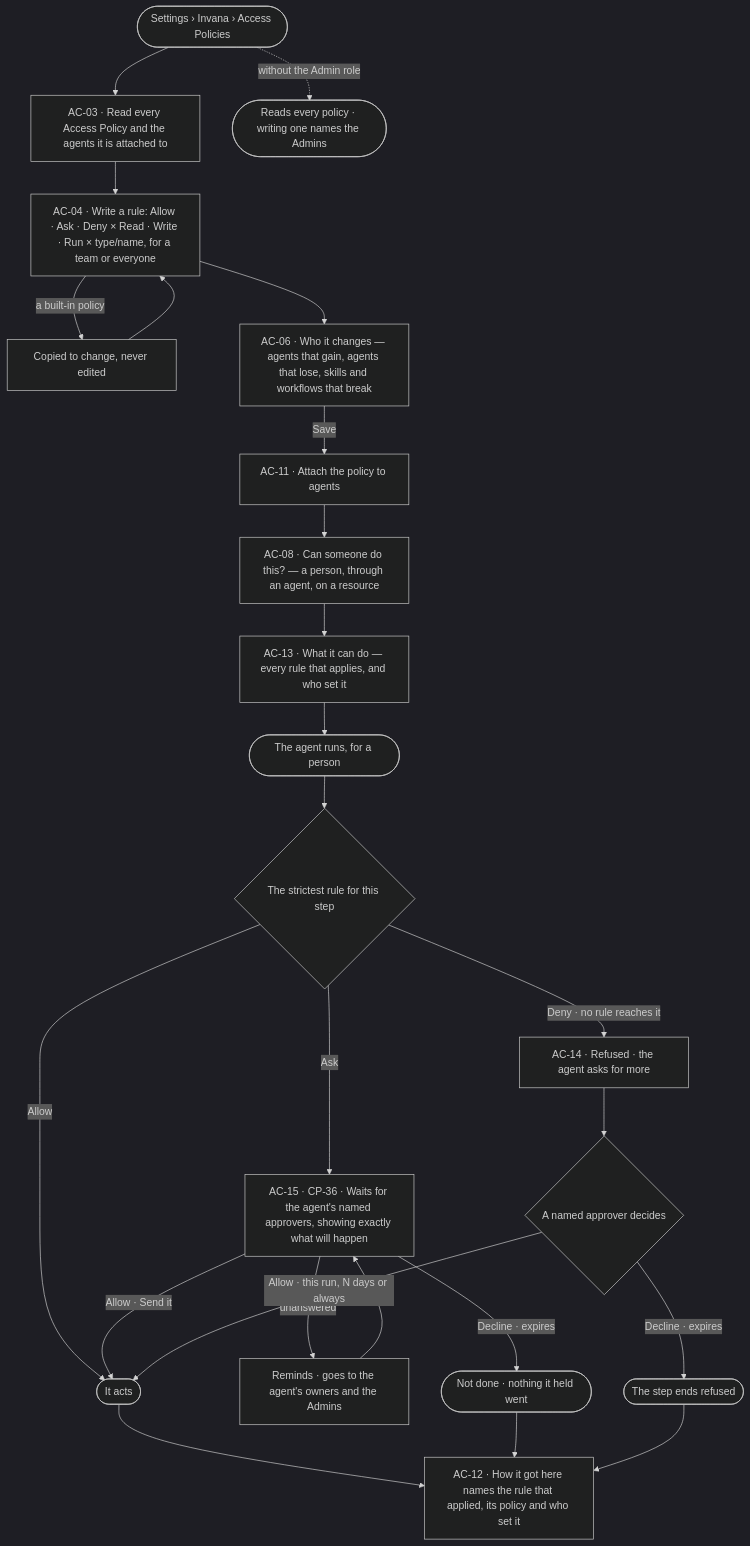
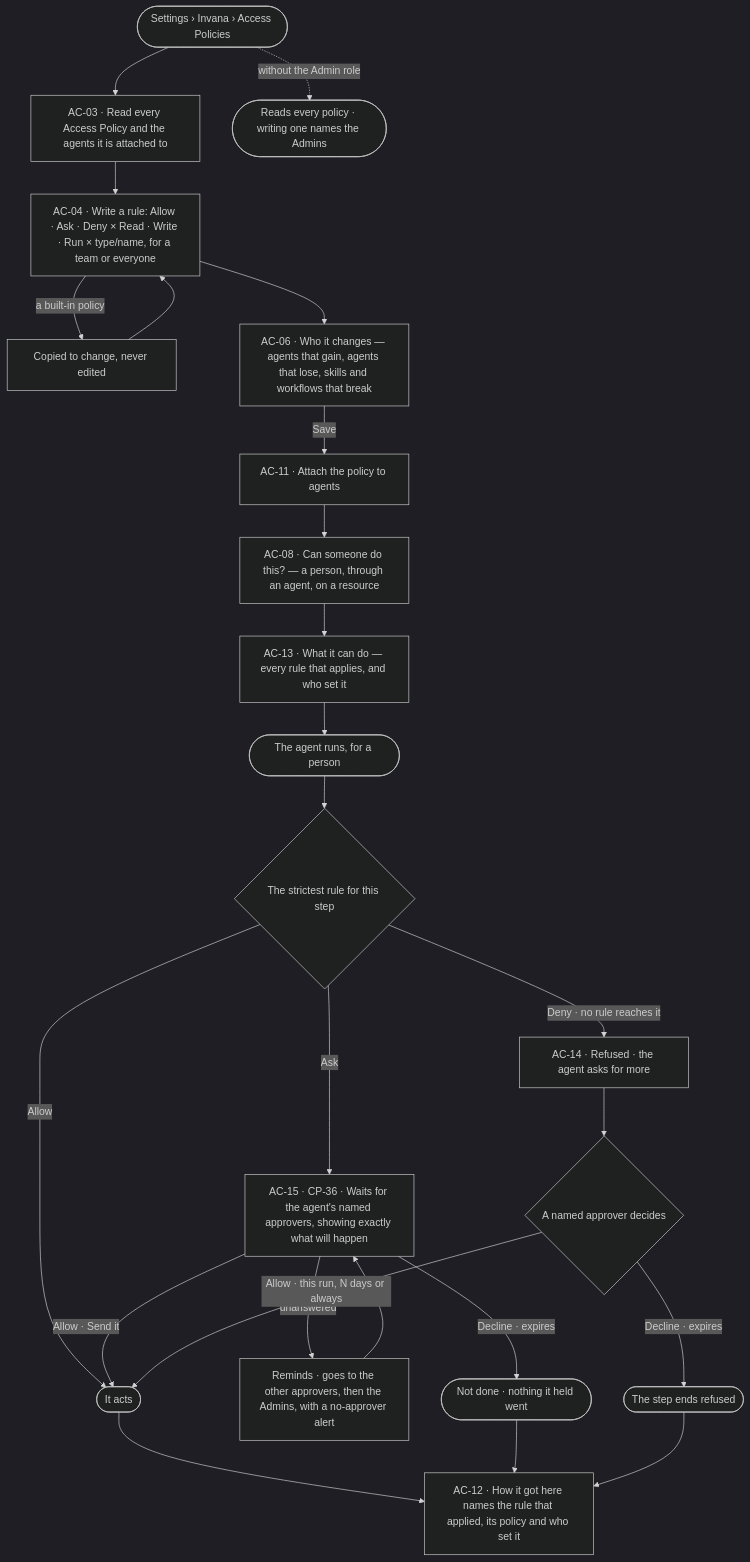
Before and after one commit to invana/invana: the first of 2 diagrams in specs/journeys/J06-set-what-an-agent-may-touch.md, drawn with Mermaid (dark theme). The commit also changed other lines of this file and 300 other files, not shown here.

````diff
--- a/specs/journeys/J06-set-what-an-agent-may-touch.md
+++ b/specs/journeys/J06-set-what-an-agent-may-touch.md
@@ -16,25 +16,25 @@
 ```mermaid
 flowchart TD
   A([Settings › Invana › Access Policies]) --> R["AC-03 · Read every Access Policy and the agents it is attached to"]
   R --> B["AC-04 · Write a rule: Allow · Ask · Deny × Read · Write · Run × type/name, for a team or everyone"]
   B -->|a built-in policy| BX["Copied to change, never edited"] --> B
   B --> C["AC-06 · Who it changes — agents that gain, agents that lose, skills and workflows that break"]
   C -->|Save| D["AC-11 · Attach the policy to agents"]
   D --> T["AC-08 · Can someone do this? — a person, through an agent, on a resource"]
   T --> F["AC-13 · What it can do — every rule that applies, and who set it"]
   F --> G([The agent runs, for a person])
   G --> H{"The strictest rule for this step"}
   H -->|Allow| I(["It acts"])
   H -->|Ask| J["AC-15 · CP-36 · Waits for the agent's named approvers, showing exactly what will happen"]
   J -->|Allow · Send it| I
-  J -->|unanswered| J1["Reminds · goes to the agent's owners and the Admins"] --> J
+  J -->|unanswered| J1["Reminds · goes to the other approvers, then the Admins, with a no-approver alert"] --> J
   J -->|Decline · expires| K(["Not done · nothing it held went"])
   H -->|Deny · no rule reaches it| L["AC-14 · Refused · the agent asks for more"]
   L --> M{"A named approver decides"}
   M -->|Allow · this run, N days or always| I
   M -->|Decline · expires| N(["The step ends refused"])
   I --> X["AC-12 · How it got here names the rule that applied, its policy and who set it"]
   K --> X
   N --> X
   A -.->|without the Admin role| NA(["Reads every policy · writing one names the Admins"])
 ```
````
